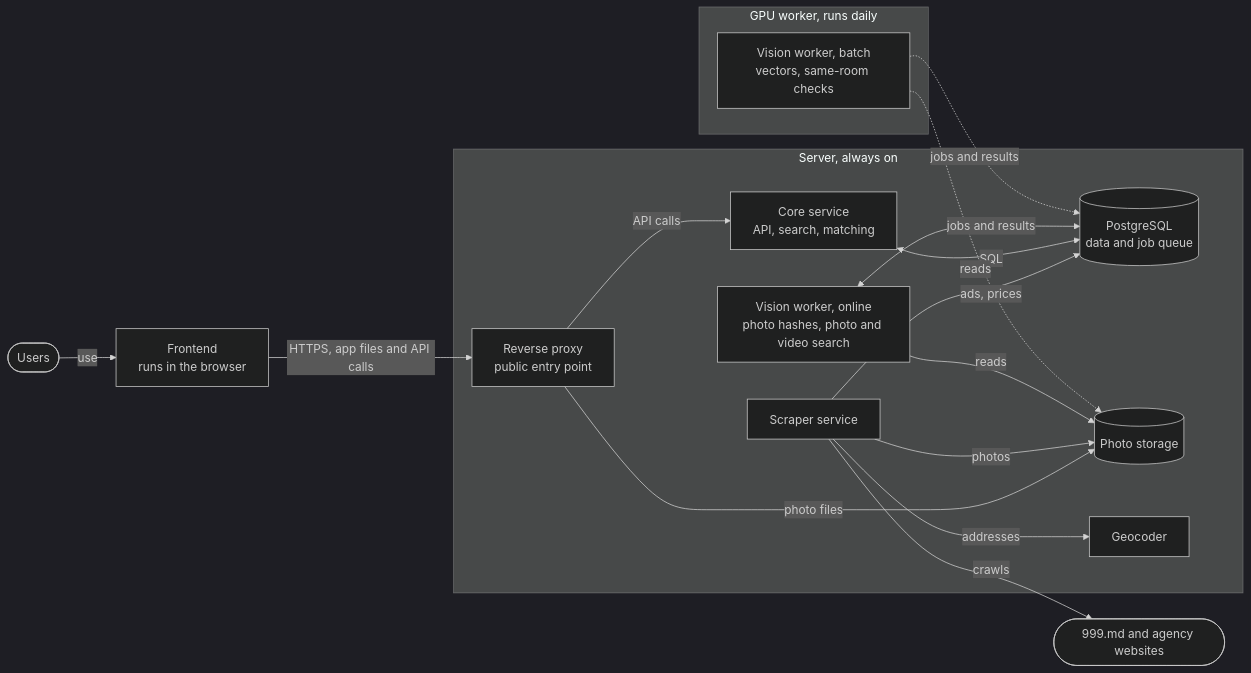
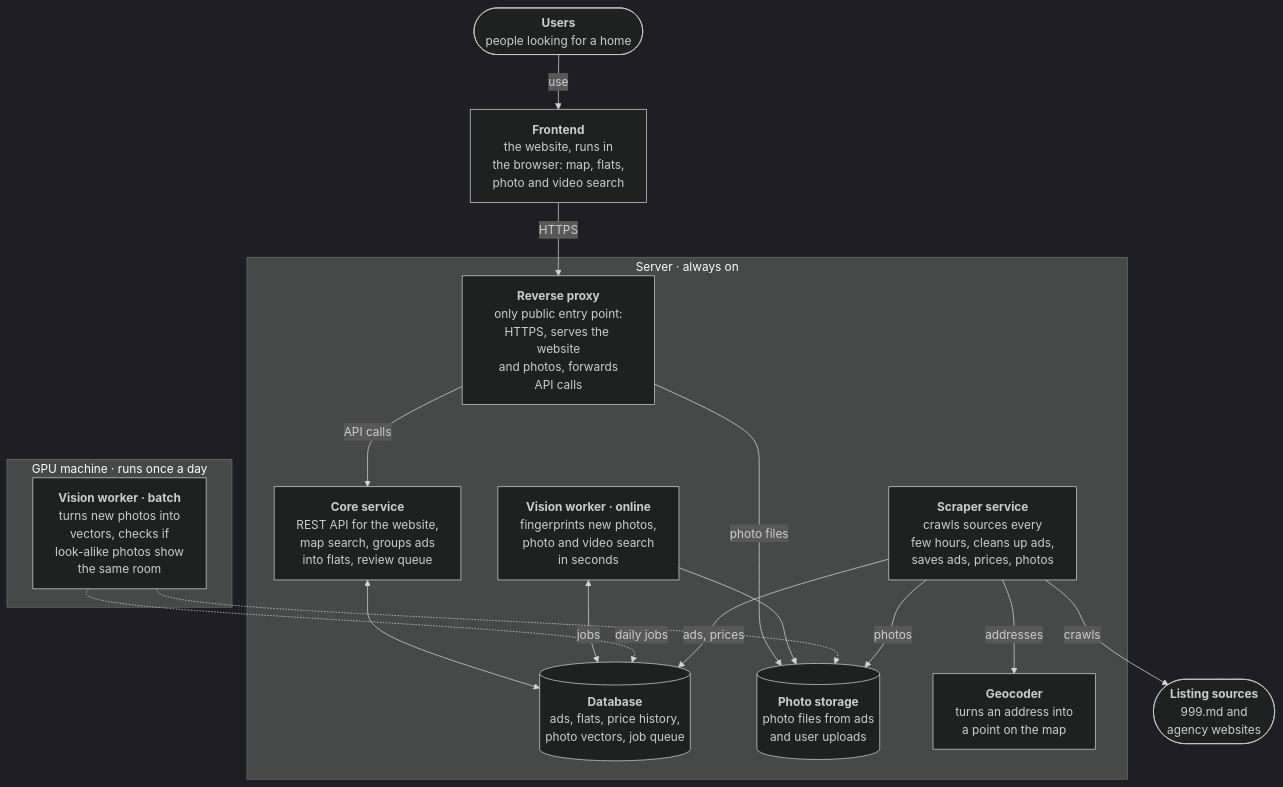
Before and after one commit to mcittkmims/apartment-lens: the diagram in README.md, drawn with Mermaid (dark theme). The commit also changed other lines of this file, not shown here.

Commit message:
Describe what each component does in the diagram; add components tableClaude-Session: https://claude.ai/code/session_017Dt9DBNnQxbeH2nxV5Xm2r

````diff
--- a/README.md
+++ b/README.md
@@ -26,34 +26,35 @@
 ```mermaid
-flowchart LR
-    users([Users])
-    frontend["Frontend<br/>runs in the browser"]
-    sources([999.md and agency websites])
+flowchart TB
+    users(["<b>Users</b><br/>people looking for a home"])
+    frontend["<b>Frontend</b><br/>the website, runs in<br/>the browser: map, flats,<br/>photo and video search"]
 
-    subgraph server["Server, always on"]
-        proxy["Reverse proxy<br/>public entry point"]
-        core["Core service<br/>API, search, matching"]
-        scraper["Scraper service"]
-        db[("PostgreSQL<br/>data and job queue")]
-        store[("Photo storage")]
-        geo["Geocoder"]
-        vonline["Vision worker, online<br/>photo hashes, photo and video search"]
+    subgraph gpu["GPU machine · runs once a day"]
+        vbatch["<b>Vision worker · batch</b><br/>turns new photos into<br/>vectors, checks if<br/>look-alike photos show<br/>the same room"]
     end
 
-    subgraph gpu["GPU worker, runs daily"]
-        vbatch["Vision worker, batch<br/>vectors, same-room checks"]
+    subgraph server["Server · always on"]
+        proxy["<b>Reverse proxy</b><br/>only public entry point:<br/>HTTPS, serves the website<br/>and photos, forwards<br/>API calls"]
+        core["<b>Core service</b><br/>REST API for the website,<br/>map search, groups ads<br/>into flats, review queue"]
+        vonline["<b>Vision worker · online</b><br/>fingerprints new photos,<br/>photo and video search<br/>in seconds"]
+        scraper["<b>Scraper service</b><br/>crawls sources every<br/>few hours, cleans up ads,<br/>saves ads, prices, photos"]
+        db[("<b>Database</b><br/>ads, flats, price history,<br/>photo vectors, job queue")]
+        store[("<b>Photo storage</b><br/>photo files from ads<br/>and user uploads")]
+        geo["<b>Geocoder</b><br/>turns an address into<br/>a point on the map"]
     end
 
+    sources(["<b>Listing sources</b><br/>999.md and<br/>agency websites"])
+
     users -->|use| frontend
-    frontend -->|HTTPS, app files and API calls| proxy
+    frontend -->|HTTPS| proxy
     proxy -->|API calls| core
     proxy -->|photo files| store
-    scraper -->|crawls| sources
+    core <--> db
+    vonline <-->|jobs| db
+    vonline --> store
+    vbatch -.->|daily jobs| db
+    vbatch -.-> store
     scraper -->|ads, prices| db
     scraper -->|photos| store
     scraper -->|addresses| geo
-    core <-->|SQL| db
-    vonline <-->|jobs and results| db
-    vonline -->|reads| store
-    vbatch -.->|jobs and results| db
-    vbatch -.->|reads| store
+    scraper -->|crawls| sources
 ```
````
